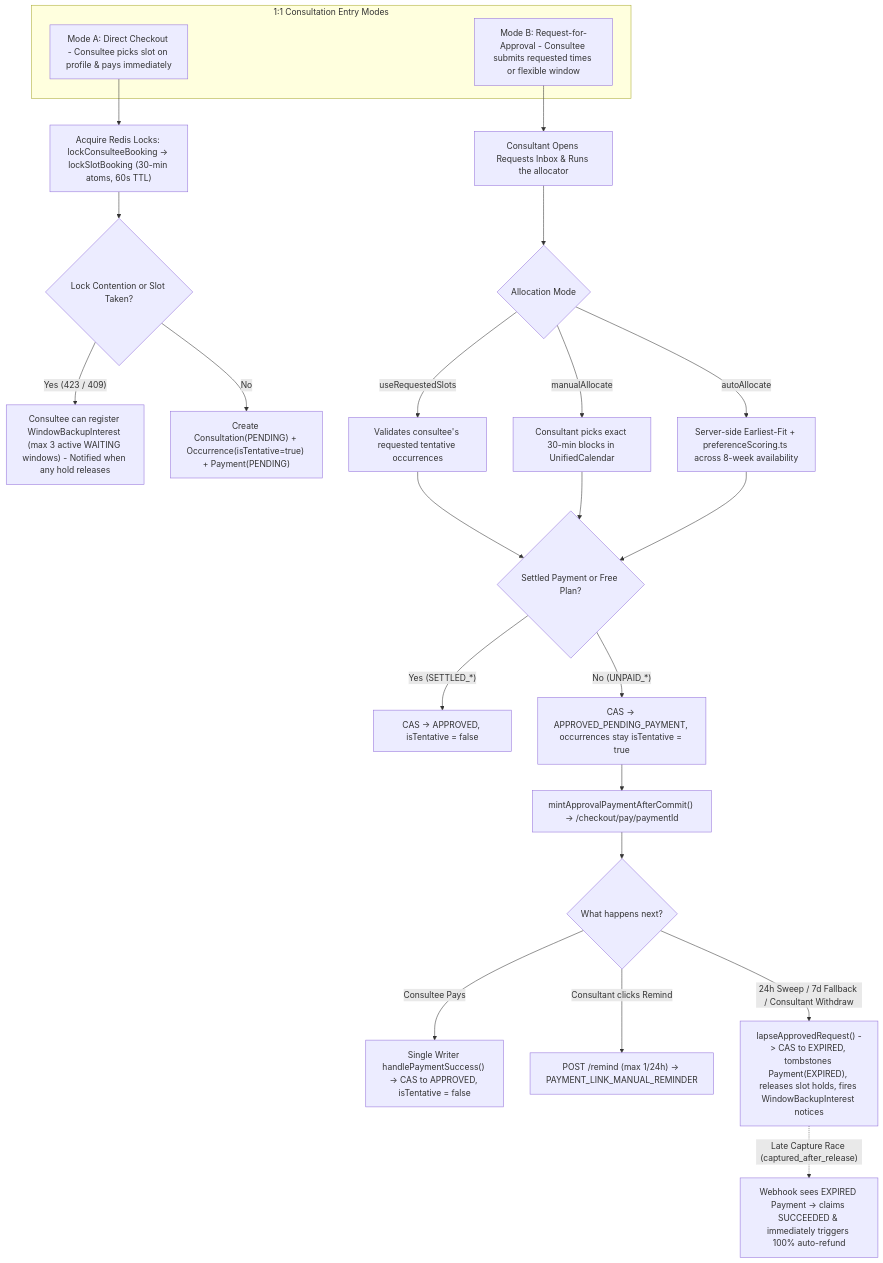
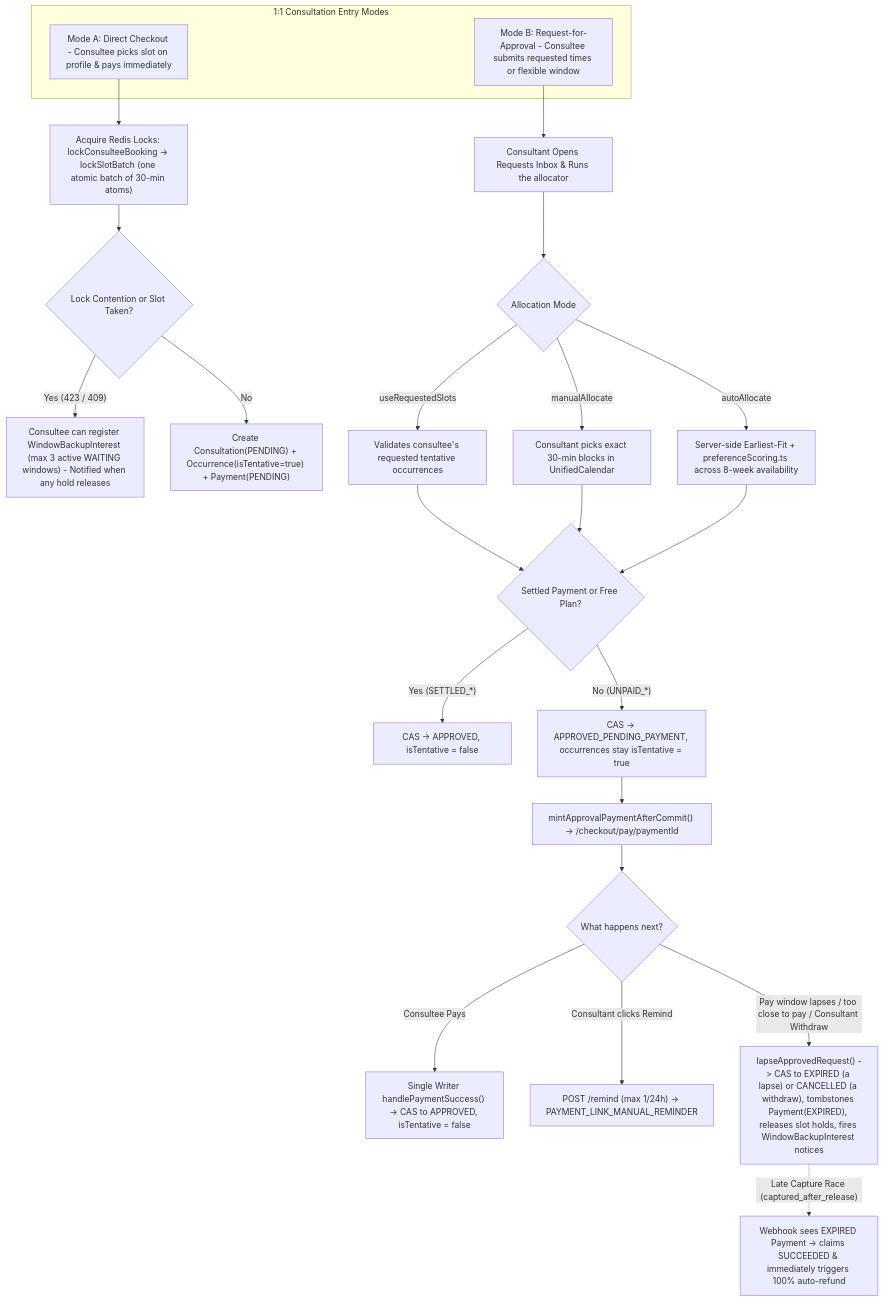
Before and after one commit to Practitionist/familiarise_web: the second of 4 diagrams in docs/start-here/01-booking-system-hld.md, drawn with Mermaid. The commit also changed other lines of this file and 14 other files, not shown here.

````diff
--- a/docs/start-here/01-booking-system-hld.md
+++ b/docs/start-here/01-booking-system-hld.md
@@ -200,32 +211,32 @@
 ```mermaid
 flowchart TD
   subgraph Entry["1:1 Consultation Entry Modes"]
     DC["Mode A: Direct Checkout - Consultee picks slot on profile & pays immediately"]
     REQ["Mode B: Request-for-Approval - Consultee submits requested times or flexible window"]
   end
 
-  DC --> LOCK["Acquire Redis Locks: lockConsulteeBooking -> lockSlotBooking (30-min atoms, 60s TTL)"]
+  DC --> LOCK["Acquire Redis Locks: lockConsulteeBooking -> lockSlotBatch (one atomic batch of 30-min atoms)"]
   LOCK --> LOCK_FAIL{"Lock Contention or Slot Taken?"}
   LOCK_FAIL -->|"Yes (423 / 409)"| BACKUP["Consultee can register WindowBackupInterest (max 3 active WAITING windows) - Notified when any hold releases"]
   LOCK_FAIL -->|"No"| TX_HOLD["Create Consultation(PENDING) + Occurrence(isTentative=true) + Payment(PENDING)"]
 
   REQ --> ALLOC["Consultant Opens Requests Inbox & Runs the allocator"]
   ALLOC --> ALLOC_MODE{"Allocation Mode"}
   ALLOC_MODE -->|"useRequestedSlots"| USE_REQ["Validates consultee's requested tentative occurrences"]
   ALLOC_MODE -->|"manualAllocate"| MAN_ALLOC["Consultant picks exact 30-min blocks in UnifiedCalendar"]
   ALLOC_MODE -->|"autoAllocate"| AUTO_ALLOC["Server-side Earliest-Fit + preferenceScoring.ts across 8-week availability"]
 
   USE_REQ --> MONEY_PRED{"Settled Payment or Free Plan?"}
   MAN_ALLOC --> MONEY_PRED
   AUTO_ALLOC --> MONEY_PRED
 
   MONEY_PRED -->|"Yes (SETTLED_*)"| APPROVED_DIRECT["CAS -> APPROVED, isTentative = false"]
   MONEY_PRED -->|"No (UNPAID_*)"| APP_WAIT["CAS -> APPROVED_PENDING_PAYMENT, occurrences stay isTentative = true"]
   APP_WAIT --> MINT_LINK["mintApprovalPaymentAfterCommit() -> /checkout/pay/paymentId"]
 
   MINT_LINK --> WAIT_OUTCOME{"What happens next?"}
   WAIT_OUTCOME -->|"Consultee Pays"| CAPTURE["Single Writer handlePaymentSuccess() -> CAS to APPROVED, isTentative = false"]
   WAIT_OUTCOME -->|"Consultant clicks Remind"| REMIND["POST /remind (max 1/24h) -> PAYMENT_LINK_MANUAL_REMINDER"]
-  WAIT_OUTCOME -->|"24h Sweep / 7d Fallback / Consultant Withdraw"| LAPSE["lapseApprovedRequest() -> CAS to EXPIRED, tombstones Payment(EXPIRED), releases slot holds, fires WindowBackupInterest notices"]
+  WAIT_OUTCOME -->|"Pay window lapses / too close to pay / Consultant Withdraw"| LAPSE["lapseApprovedRequest() -> CAS to EXPIRED (a lapse) or CANCELLED (a withdraw), tombstones Payment(EXPIRED), releases slot holds, fires WindowBackupInterest notices"]
   LAPSE -.->|"Late Capture Race (captured_after_release)"| AUTO_REFUND["Webhook sees EXPIRED Payment -> claims SUCCEEDED & immediately triggers 100% auto-refund"]
 ```
````
